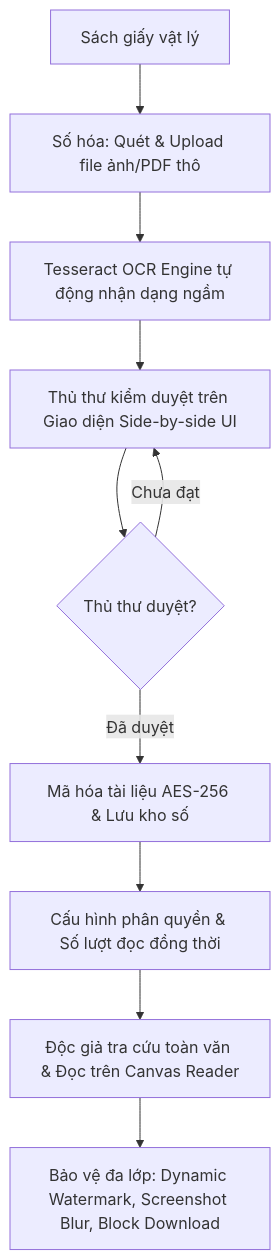
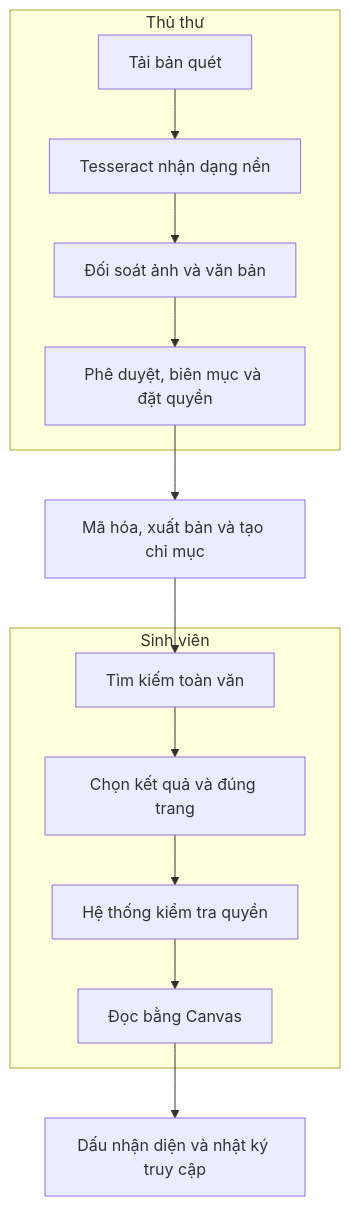
Before and after one commit to Schooleo/LIBIF: the second of 2 diagrams in docs/markdowns-vi-v2/LIBIF-Project-Vision-Scope.md, drawn with Mermaid. The commit also changed other lines of this file and 2 other files, not shown here.

````diff
--- a/docs/markdowns-vi-v2/LIBIF-Project-Vision-Scope.md
+++ b/docs/markdowns-vi-v2/LIBIF-Project-Vision-Scope.md
@@ -69,12 +67,19 @@
 ```mermaid
 flowchart TD
-    A["Sách giấy vật lý"] --> B["Số hóa: Quét & Upload file ảnh/PDF thô"]
-    B --> C["Tesseract OCR Engine tự động nhận dạng ngầm"]
-    C --> D["Thủ thư kiểm duyệt trên Giao diện Side-by-side UI"]
-    D --> E{"Thủ thư duyệt?"}
-    E -->|"Chưa đạt"| D
-    E -->|"Đã duyệt"| F["Mã hóa tài liệu AES-256 & Lưu kho số"]
-    F --> G["Cấu hình phân quyền & Số lượt đọc đồng thời"]
-    G --> H["Độc giả tra cứu toàn văn & Đọc trên Canvas Reader"]
-    H --> I["Bảo vệ đa lớp: Dynamic Watermark, Screenshot Blur, Block Download"]
+    subgraph TT["Thủ thư"]
+        A[Tải bản quét] --> B[Tesseract nhận dạng nền]
+        B --> C[Đối soát ảnh và văn bản]
+        C --> D[Phê duyệt, biên mục và đặt quyền]
+    end
+
+    D --> E[Mã hóa, xuất bản và tạo chỉ mục]
+
+    subgraph SV["Sinh viên"]
+        F[Tìm kiếm toàn văn] --> G[Chọn kết quả và đúng trang]
+        G --> H[Hệ thống kiểm tra quyền]
+        H --> I[Đọc bằng Canvas]
+    end
+
+    E --> F
+    I --> J[Dấu nhận diện và nhật ký truy cập]
 ```
````
